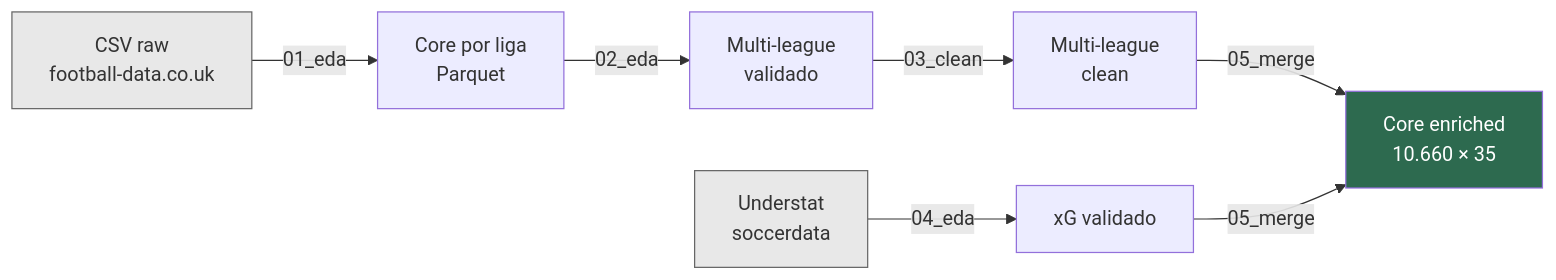
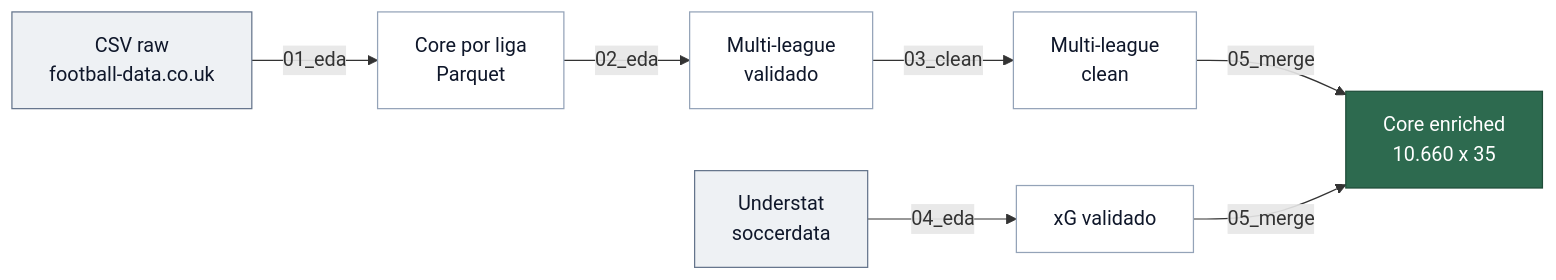
One commit to jorgepais02/PitchLens changed the first of 2 diagrams in docs/01_eda_por_liga.md. Above: the diagram before and after it, drawn with Mermaid. The commit also changed other lines of this file and 8 other files, not shown here.

````diff
--- a/docs/01_eda_por_liga.md
+++ b/docs/01_eda_por_liga.md
@@ -13,12 +13,16 @@
 ```mermaid
 graph LR
-    A[CSV raw\nfootball-data.co.uk] -->|01_eda| B[Core por liga\nParquet]
-    B -->|02_eda| C[Multi-league\nvalidado]
-    C -->|03_clean| D[Multi-league\nclean]
-    E[Understat\nsoccerdata] -->|04_eda| F[xG validado]
-    D & F -->|05_merge| G[Core enriched\n10.660 × 35]
+    classDef src fill:#eef1f4,stroke:#64748b,color:#0f172a,stroke-width:1px
+    classDef step fill:#ffffff,stroke:#94a3b8,color:#0f172a,stroke-width:1px
+    classDef out fill:#2d6a4f,stroke:#1f4d39,color:#ffffff,stroke-width:1px
 
-    style A fill:#e8e8e8,stroke:#666
-    style E fill:#e8e8e8,stroke:#666
-    style G fill:#2d6a4f,color:#fff
+    A[CSV raw<br/>football-data.co.uk] -->|01_eda| B[Core por liga<br/>Parquet]
+    B -->|02_eda| C[Multi-league<br/>validado]
+    C -->|03_clean| D[Multi-league<br/>clean]
+    E[Understat<br/>soccerdata] -->|04_eda| F[xG validado]
+    D & F -->|05_merge| G[Core enriched<br/>10.660 x 35]
+
+    class A,E src
+    class B,C,D,F step
+    class G out
 ```
````
